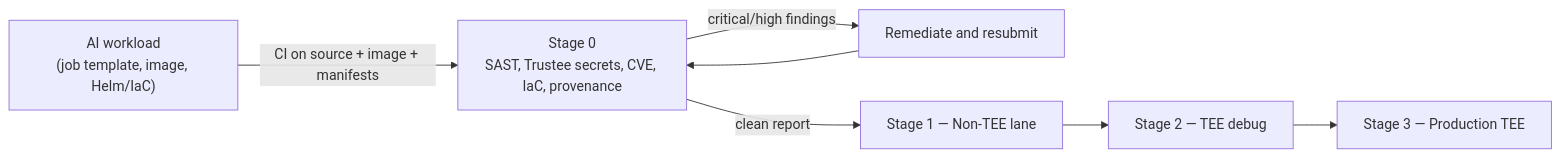
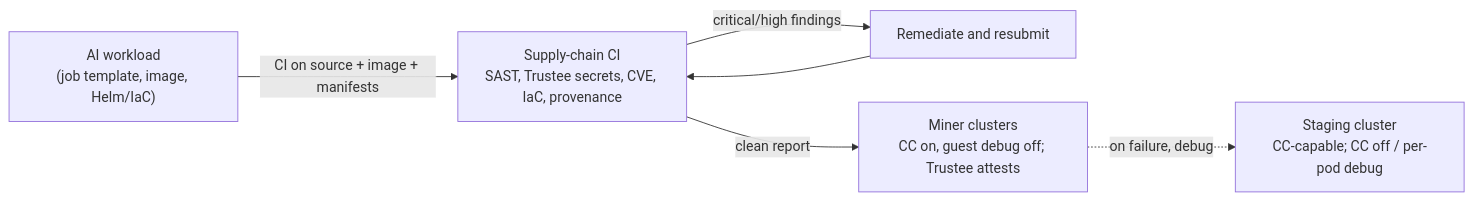
One commit to KubeTEE-AI/kubetee-subnet changed the diagram in docs/NEMO-MICROSERVICES-AND-SUBNET-INTEGRATIONS.md. Above: the diagram before and after it, drawn with Mermaid. The commit also changed other lines of this file and 5 other files, not shown here.

First line of the commit message:
docs(subnet): staging is CC-capable debug target, not a promotion lane

````diff
--- a/docs/NEMO-MICROSERVICES-AND-SUBNET-INTEGRATIONS.md
+++ b/docs/NEMO-MICROSERVICES-AND-SUBNET-INTEGRATIONS.md
@@ -101,9 +100,8 @@
 ```mermaid
 flowchart LR
-    WL["AI workload<br/>(job template, image, Helm/IaC)"] -->|"CI on source + image + manifests"| S0["Stage 0<br/>SAST, Trustee secrets, CVE, IaC, provenance"]
+    WL["AI workload<br/>(job template, image, Helm/IaC)"] -->|"CI on source + image + manifests"| S0["Supply-chain CI<br/>SAST, Trustee secrets, CVE, IaC, provenance"]
     S0 -->|"critical/high findings"| Fix["Remediate and resubmit"]
     Fix --> S0
-    S0 -->|"clean report"| S1["Stage 1 — Non-TEE lane"]
-    S1 --> S2["Stage 2 — TEE debug"]
-    S2 --> S3["Stage 3 — Production TEE"]
+    S0 -->|"clean report"| Miners["Miner clusters<br/>CC on, guest debug off; Trustee attests"]
+    Miners -.->|"on failure, debug"| Staging["Staging cluster<br/>CC-capable; CC off / per-pod debug"]
 ```
````
